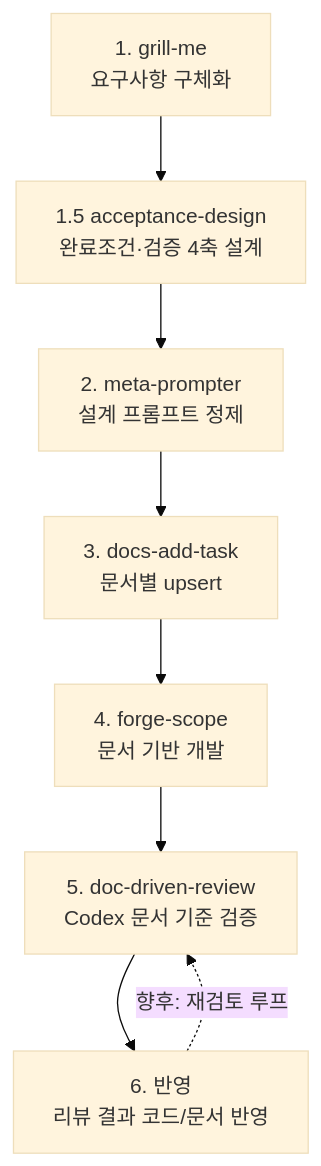
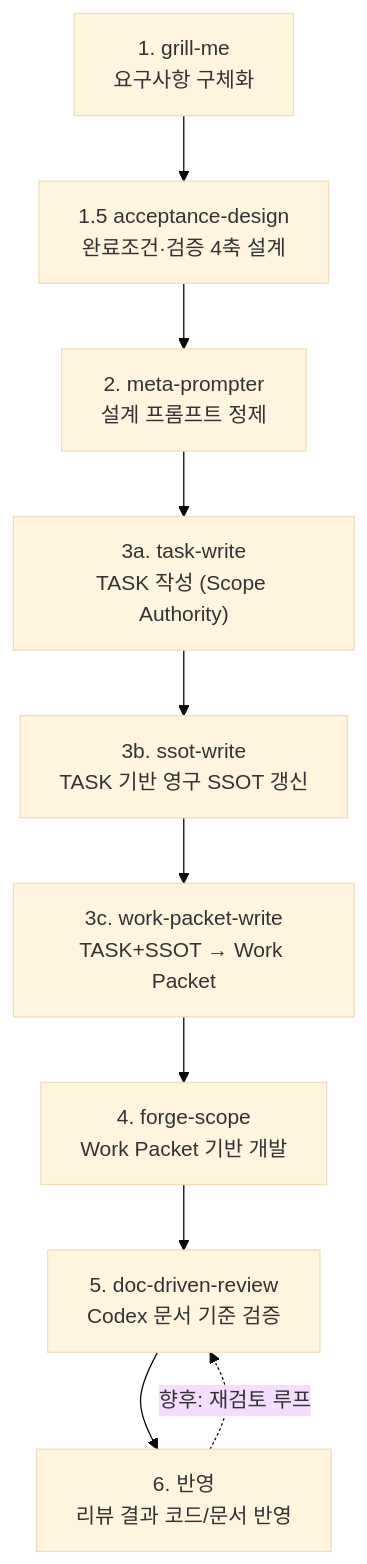
One commit to JaeCheon8587/Claudecode-For-Me changed the diagram in docs/DEVELOPMENT_PIPELINE.md. Above: the diagram before and after it, drawn with Mermaid (base theme). The commit also changed other lines of this file and 7 other files, not shown here.

First line of the commit message:
[REMOVE] docs-add-task 폐지 — task-write/ssot-write/work-packet-write 트리오로 대체 (plugin v3.5.0)

````diff
--- a/docs/DEVELOPMENT_PIPELINE.md
+++ b/docs/DEVELOPMENT_PIPELINE.md
@@ -28,10 +29,12 @@
 ```mermaid
 flowchart TD
     A["1. grill-me<br/>요구사항 구체화"] --> A2["1.5 acceptance-design<br/>완료조건·검증 4축 설계"]
     A2 --> B["2. meta-prompter<br/>설계 프롬프트 정제"]
-    B --> C["3. docs-add-task<br/>문서별 upsert"]
-    C --> F["4. forge-scope<br/>문서 기반 개발"]
+    B --> C1["3a. task-write<br/>TASK 작성 (Scope Authority)"]
+    C1 --> C2["3b. ssot-write<br/>TASK 기반 영구 SSOT 갱신"]
+    C2 --> C3["3c. work-packet-write<br/>TASK+SSOT → Work Packet"]
+    C3 --> F["4. forge-scope<br/>Work Packet 기반 개발"]
     F --> G["5. doc-driven-review<br/>Codex 문서 기준 검증"]
     G --> H["6. 반영<br/>리뷰 결과 코드/문서 반영"]
     H -.->|향후: 재검토 루프| G
 ```
````
